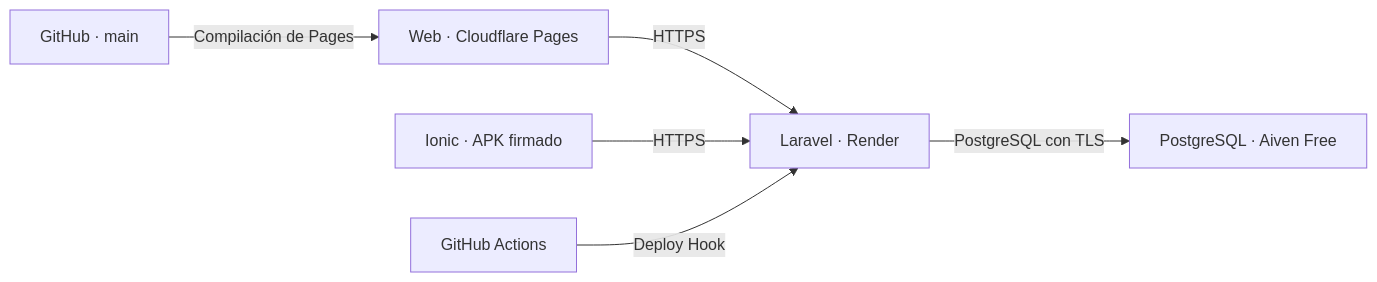
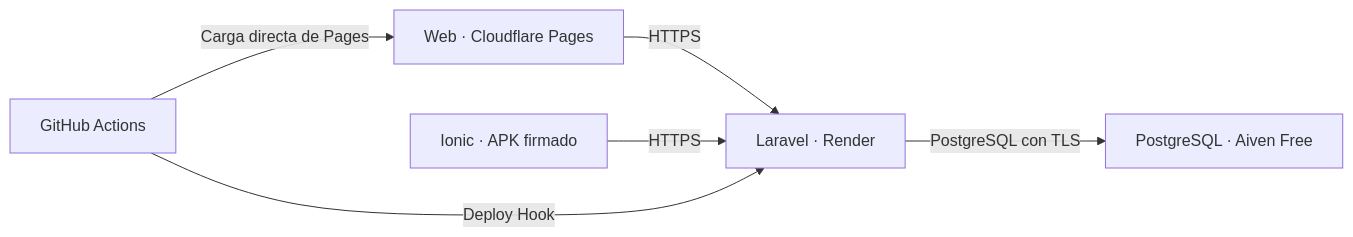
One commit to Gerald0522/Gemdy-Calendar changed the diagram in docs/lab14-despliegue.md. Above: the diagram before and after it, drawn with Mermaid. The commit also changed other lines of this file and 1 other file, not shown here.

Commit message:
Publica Cloudflare Pages desde GitHub Actions

````diff
--- a/docs/lab14-despliegue.md
+++ b/docs/lab14-despliegue.md
@@ -13,8 +13,8 @@
 ```mermaid
 flowchart LR
     Web["Web · Cloudflare Pages"] -->|HTTPS| API["Laravel · Render"]
     Android["Ionic · APK firmado"] -->|HTTPS| API
     API -->|PostgreSQL con TLS| DB["PostgreSQL · Aiven Free"]
     CI["GitHub Actions"] -->|Deploy Hook| API
-    GitHub["GitHub · main"] -->|Compilación de Pages| Web
+    CI -->|Carga directa de Pages| Web
 ```
````
